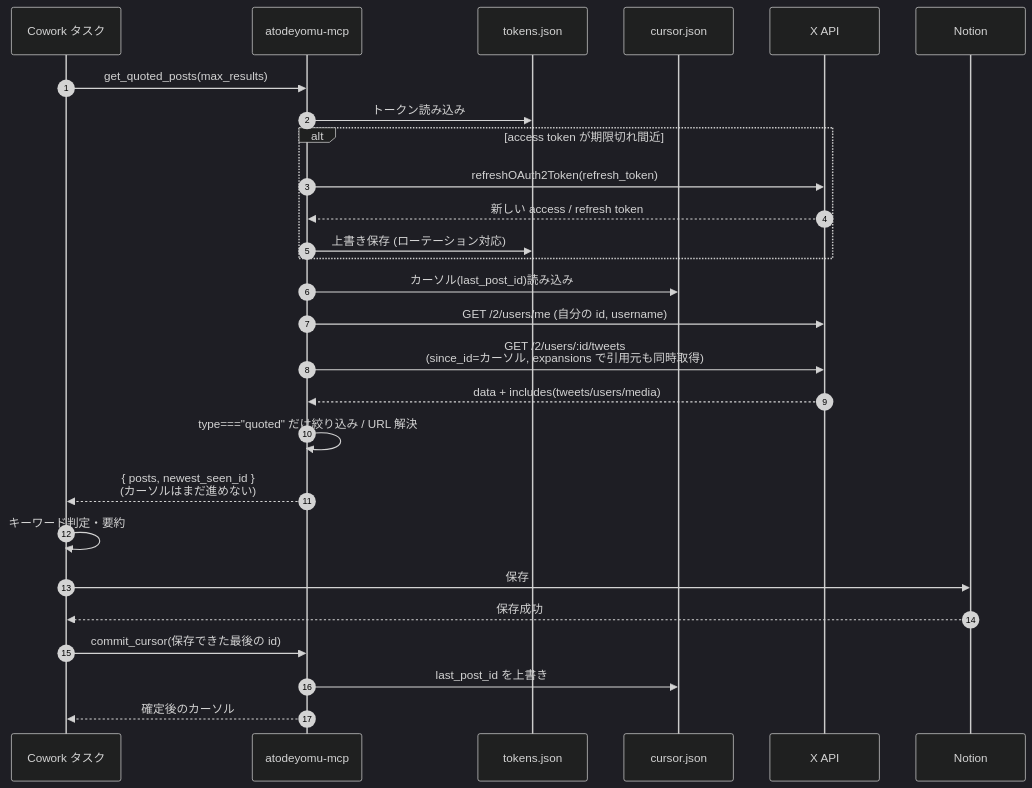
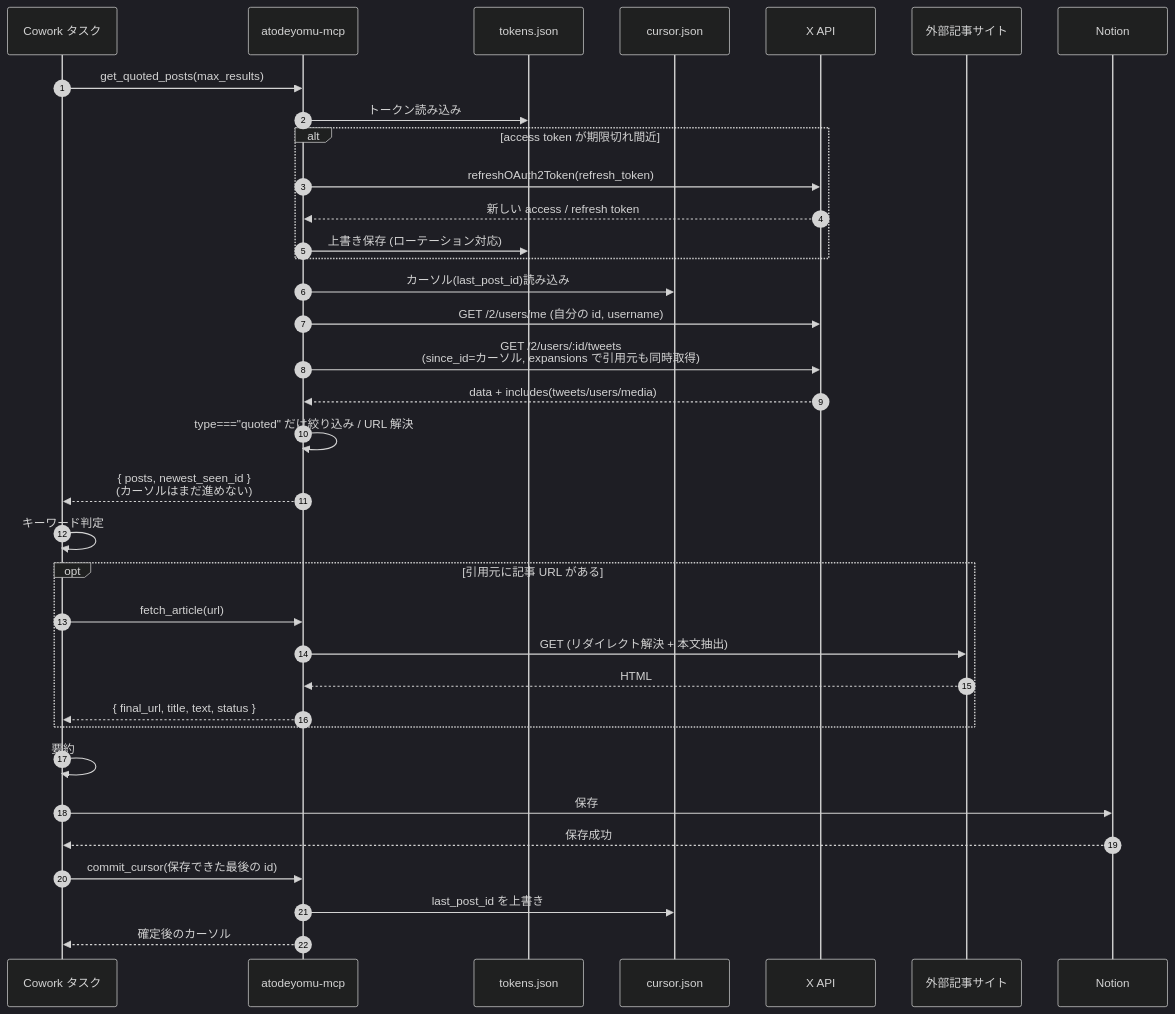
One commit to kkk2jp/atodeyomu-mcp changed the second of 5 diagrams in docs/SPEC.md. Above: the diagram before and after it, drawn with Mermaid (dark theme). The commit also changed other lines of this file and 9 other files, not shown here.

````diff
--- a/docs/SPEC.md
+++ b/docs/SPEC.md
@@ -93,30 +132,38 @@
 ```mermaid
 sequenceDiagram
     autonumber
     participant CC as Cowork タスク
     participant MCP as atodeyomu-mcp
     participant TK as tokens.json
     participant CU as cursor.json
     participant X as X API
+    participant W as 外部記事サイト
     participant N as Notion
 
     CC->>MCP: get_quoted_posts(max_results)
     MCP->>TK: トークン読み込み
     alt access token が期限切れ間近
         MCP->>X: refreshOAuth2Token(refresh_token)
         X-->>MCP: 新しい access / refresh token
         MCP->>TK: 上書き保存 (ローテーション対応)
     end
     MCP->>CU: カーソル(last_post_id)読み込み
     MCP->>X: GET /2/users/me (自分の id, username)
     MCP->>X: GET /2/users/:id/tweets<br/>(since_id=カーソル, expansions で引用元も同時取得)
     X-->>MCP: data + includes(tweets/users/media)
     MCP->>MCP: type==="quoted" だけ絞り込み / URL 解決
     MCP-->>CC: { posts, newest_seen_id }<br/>(カーソルはまだ進めない)
-    CC->>CC: キーワード判定・要約
+    CC->>CC: キーワード判定
+    opt 引用元に記事 URL がある
+        CC->>MCP: fetch_article(url)
+        MCP->>W: GET (リダイレクト解決 + 本文抽出)
+        W-->>MCP: HTML
+        MCP-->>CC: { final_url, title, text, status }
+    end
+    CC->>CC: 要約
     CC->>N: 保存
     N-->>CC: 保存成功
     CC->>MCP: commit_cursor(保存できた最後の id)
     MCP->>CU: last_post_id を上書き
     MCP-->>CC: 確定後のカーソル
 ```
````
